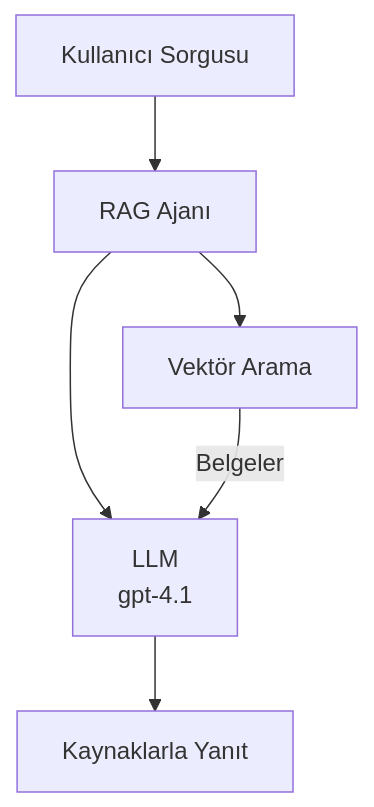
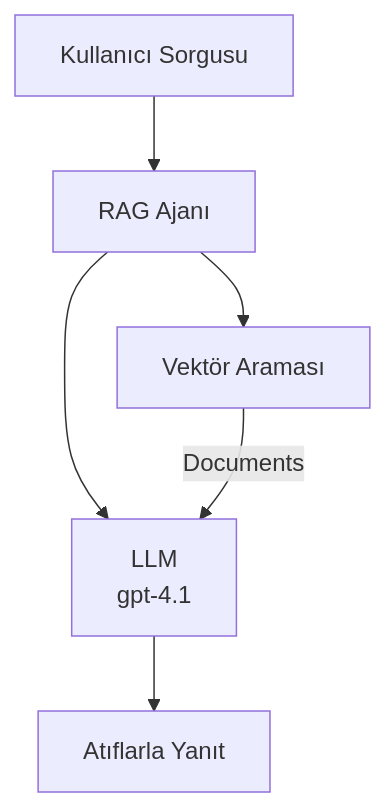
Before and after one commit to microsoft/AZD-for-beginners: the second of 3 diagrams in translations/tr/docs/chapter-02-ai-development/agents.md, drawn with Mermaid. The commit also changed other lines of this file and 61 other files, not shown here.

````diff
--- a/translations/tr/docs/chapter-02-ai-development/agents.md
+++ b/translations/tr/docs/chapter-02-ai-development/agents.md
@@ -181,8 +181,8 @@
 ```mermaid
 graph TD
     Query[Kullanıcı Sorgusu] --> RAG[RAG Ajanı]
-    RAG --> Vector[Vektör Arama]
+    RAG --> Vector[Vektör Araması]
     RAG --> LLM[LLM<br/>gpt-4.1]
-    Vector -- Belgeler --> LLM
-    LLM --> Response[Kaynaklarla Yanıt]
+    Vector -- Documents --> LLM
+    LLM --> Response[Atıflarla Yanıt]
 ```
````
